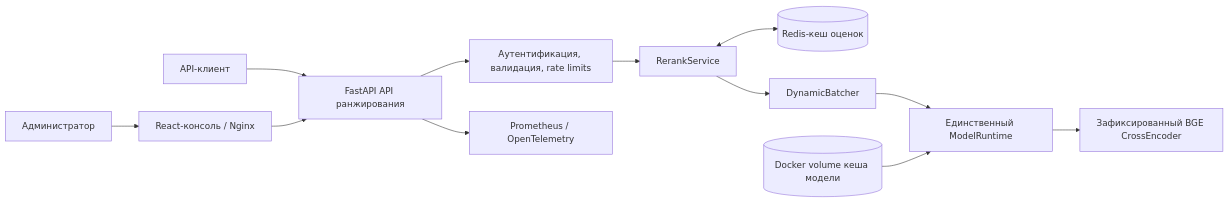
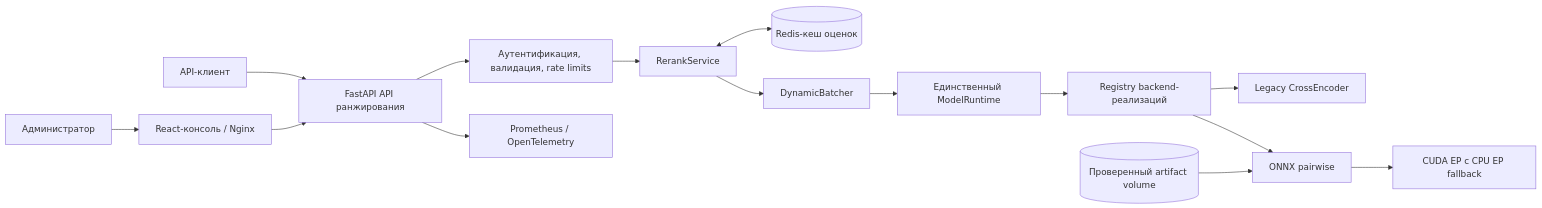
The diagram in README.ru.md (Sa1avatus/reranker-service), drawn with Mermaid before and after one commit. The commit also changed other lines of this file and 28 other files, not shown here.

````diff
--- a/README.ru.md
+++ b/README.ru.md
@@ -35,14 +70,17 @@
 ```mermaid
 flowchart LR
     Client["API-клиент"] --> API["FastAPI API ранжирования"]
     Admin["Администратор"] --> Web["React-консоль / Nginx"]
     Web --> API
     API --> Guard["Аутентификация, валидация, rate limits"]
     Guard --> Service["RerankService"]
     Service <--> Redis[("Redis-кеш оценок")]
     Service --> Batcher["DynamicBatcher"]
     Batcher --> Runtime["Единственный ModelRuntime"]
-    Runtime --> Model["Зафиксированный BGE CrossEncoder"]
-    ModelCache[("Docker volume кеша модели")] --> Runtime
+    Runtime --> Registry["Registry backend-реализаций"]
+    Registry --> Legacy["Legacy CrossEncoder"]
+    Registry --> ONNX["ONNX pairwise"]
+    ONNX --> Providers["CUDA EP с CPU EP fallback"]
+    Artifacts[("Проверенный artifact volume")] --> ONNX
     API --> Metrics["Prometheus / OpenTelemetry"]
 ```
````
